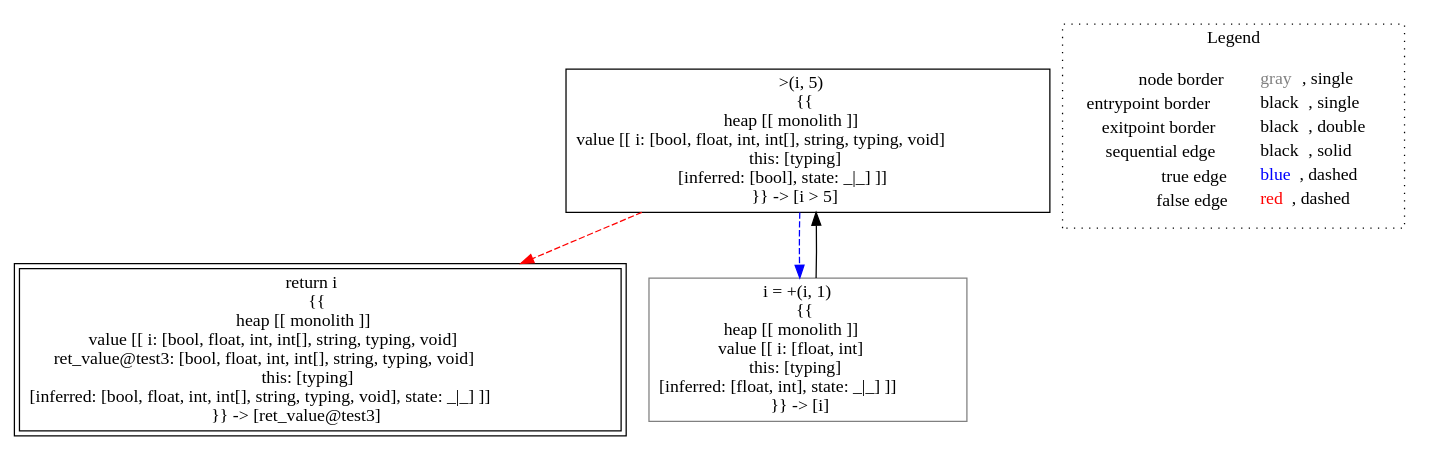
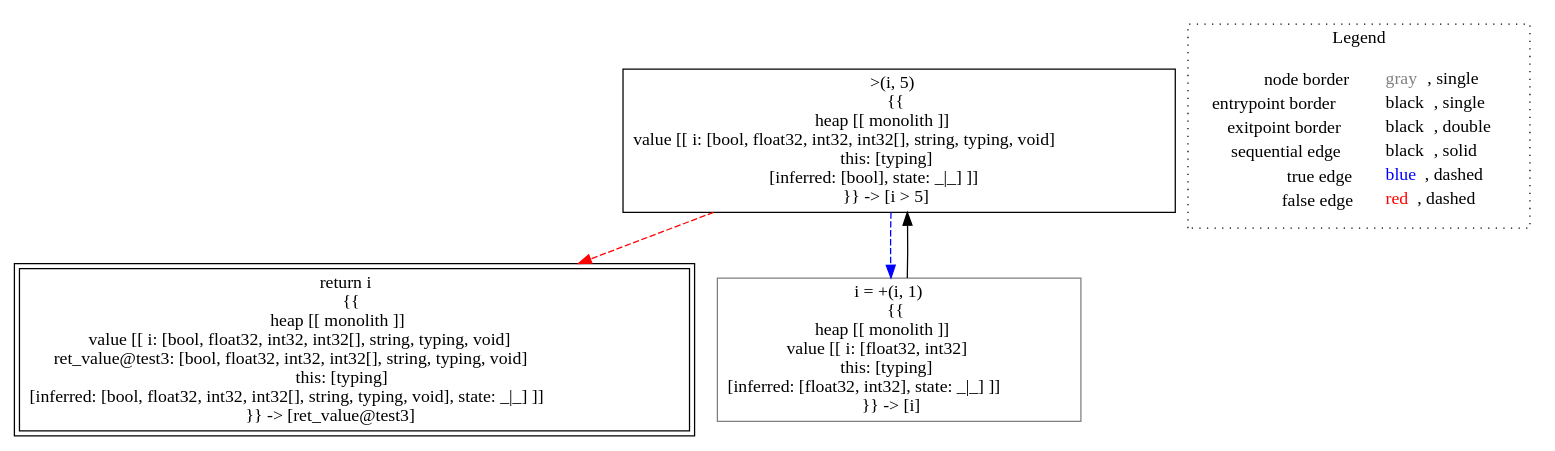
Before and after one commit to lisa-analyzer/lisa: the diagram in lisa/lisa-core/imp-testcases/type-inference/typing___untyped_typing.test3(typing_this,_untyped_i).dot, drawn with Graphviz. The commit also changed 17 other files, not shown here.

```diff
--- a/lisa/lisa-core/imp-testcases/type-inference/typing___untyped_typing.test3(typing_this,_untyped_i).dot
+++ b/lisa/lisa-core/imp-testcases/type-inference/typing___untyped_typing.test3(typing_this,_untyped_i).dot
@@ -1,15 +1,15 @@
 digraph {
-	"node0" [shape="rect",color="black",label=<&gt;(i, 5)<BR/>{{<BR/>heap [[ monolith ]]<BR/>value [[ i: [bool, float, int, int[], string, typing, void]<BR/>this: [typing]<BR/>[inferred: [bool], state: _|_] ]]<BR/>}} -&gt; [i &gt; 5]>];
-	"node1" [shape="rect",color="black",peripheries="2",label=<return i<BR/>{{<BR/>heap [[ monolith ]]<BR/>value [[ i: [bool, float, int, int[], string, typing, void]<BR/>ret_value@test3: [bool, float, int, int[], string, typing, void]<BR/>this: [typing]<BR/>[inferred: [bool, float, int, int[], string, typing, void], state: _|_] ]]<BR/>}} -&gt; [ret_value@test3]>];
-	"node2" [shape="rect",color="gray",label=<i = +(i, 1)<BR/>{{<BR/>heap [[ monolith ]]<BR/>value [[ i: [float, int]<BR/>this: [typing]<BR/>[inferred: [float, int], state: _|_] ]]<BR/>}} -&gt; [i]>];
+	"node0" [shape="rect",color="black",label=<&gt;(i, 5)<BR/>{{<BR/>heap [[ monolith ]]<BR/>value [[ i: [bool, float32, int32, int32[], string, typing, void]<BR/>this: [typing]<BR/>[inferred: [bool], state: _|_] ]]<BR/>}} -&gt; [i &gt; 5]>];
+	"node1" [shape="rect",color="black",peripheries="2",label=<return i<BR/>{{<BR/>heap [[ monolith ]]<BR/>value [[ i: [bool, float32, int32, int32[], string, typing, void]<BR/>ret_value@test3: [bool, float32, int32, int32[], string, typing, void]<BR/>this: [typing]<BR/>[inferred: [bool, float32, int32, int32[], string, typing, void], state: _|_] ]]<BR/>}} -&gt; [ret_value@test3]>];
+	"node2" [shape="rect",color="gray",label=<i = +(i, 1)<BR/>{{<BR/>heap [[ monolith ]]<BR/>value [[ i: [float32, int32]<BR/>this: [typing]<BR/>[inferred: [float32, int32], state: _|_] ]]<BR/>}} -&gt; [i]>];
 	"node0" -> "node1" [color="red",style="dashed"];
 	"node0" -> "node2" [color="blue",style="dashed"];
 	"node2" -> "node0" [color="black"];
 subgraph cluster_legend {
 	label="Legend";
 	style=dotted;
 	node [shape=plaintext];
 	"legend" [label=<<table border="0" cellpadding="2" cellspacing="0" cellborder="0"><tr><td align="right">node border&nbsp;</td><td align="left"><font color="gray">gray</font>, single</td></tr><tr><td align="right">entrypoint border&nbsp;</td><td align="left"><font color="black">black</font>, single</td></tr><tr><td align="right">exitpoint border&nbsp;</td><td align="left"><font color="black">black</font>, double</td></tr><tr><td align="right">sequential edge&nbsp;</td><td align="left"><font color="black">black</font>, solid</td></tr><tr><td align="right">true edge&nbsp;</td><td align="left"><font color="blue">blue</font>, dashed</td></tr><tr><td align="right">false edge&nbsp;</td><td align="left"><font color="red">red</font>, dashed</td></tr></table>>];
 }
 
 }
```
